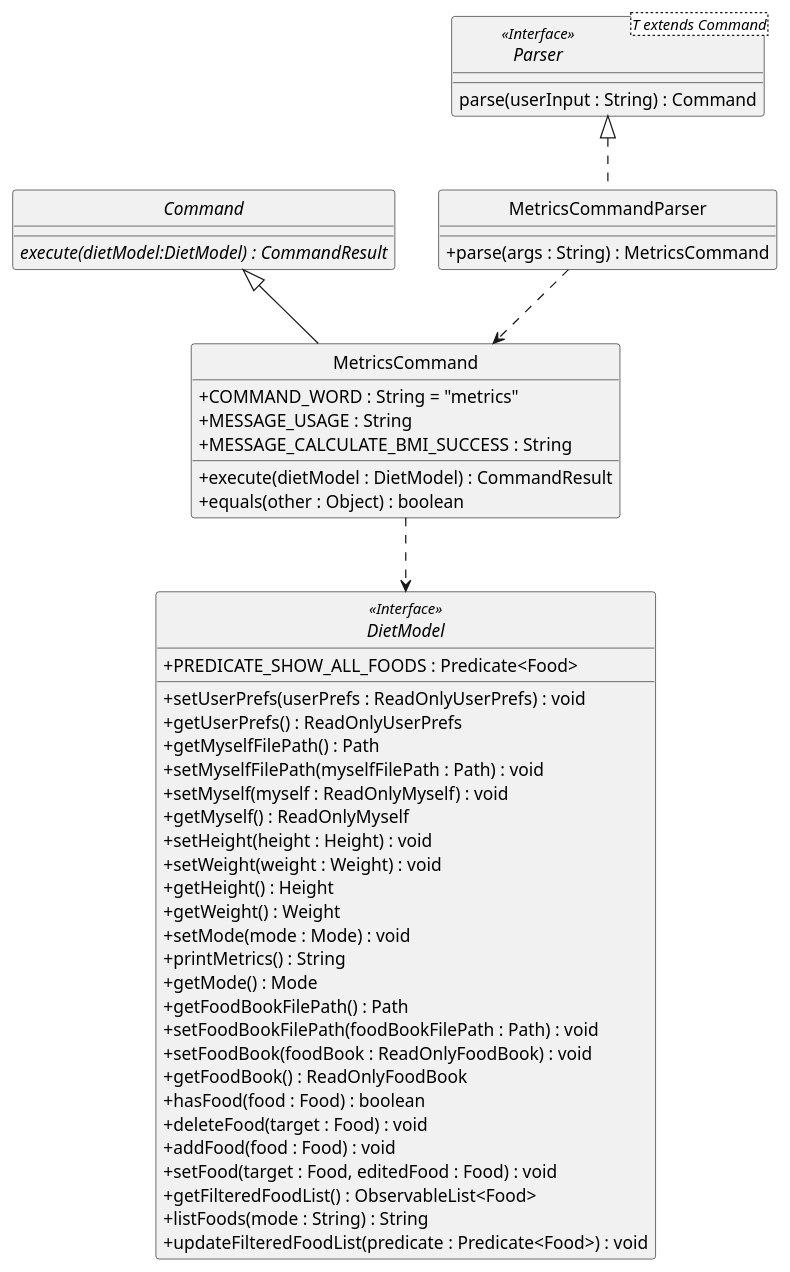
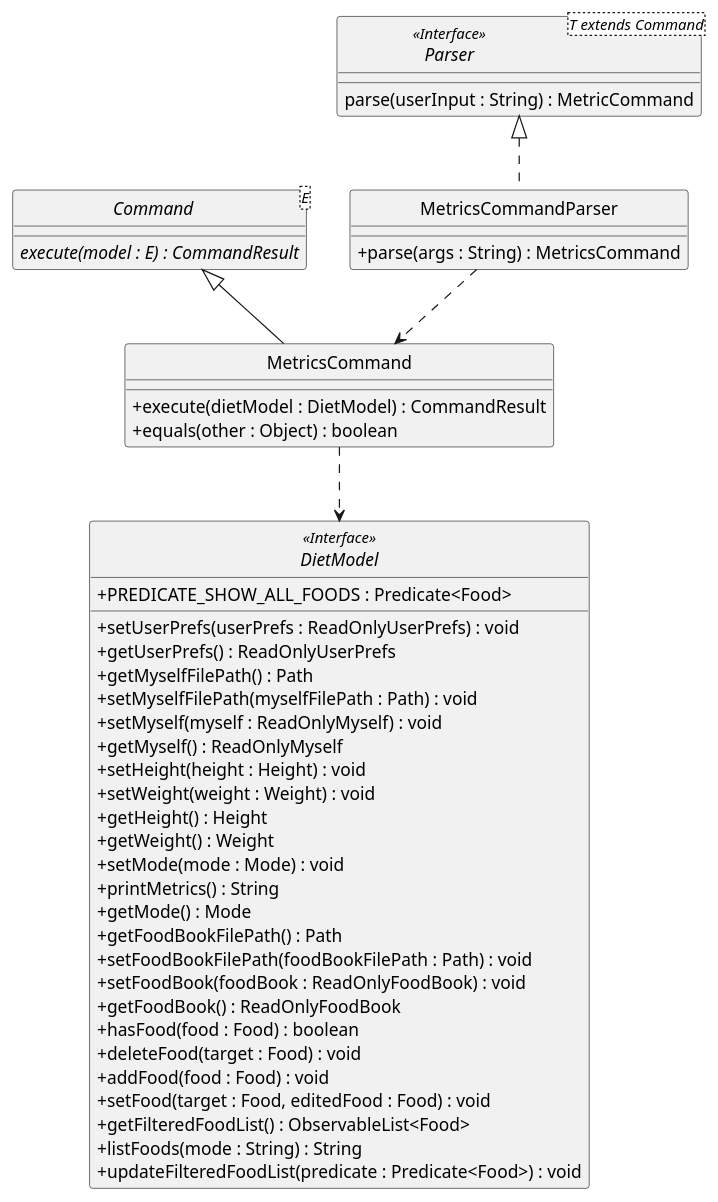
The diagram in docs/diagrams/DietTrackerMetricsCommandClassDiagram.puml (nus-cs2103-AY1920S2/addressbook-level3), drawn with PlantUML before and after one commit. The commit also changed 45 other files, not shown here.

```diff
--- a/docs/diagrams/DietTrackerMetricsCommandClassDiagram.puml
+++ b/docs/diagrams/DietTrackerMetricsCommandClassDiagram.puml
@@ -1,69 +1,66 @@
 @startuml
 /' @author @jarrod-bob'/
 /' Got inspiration and adapted
 from https://github.com/AY1920S2-CS2103T-W12-1/main/blob/master/docs/images/DeliveredClassDiagram.png '/
 
 skinparam backgroundColor #ffffff
 skinparam classAttributeIconSize 0
 hide circle
 
 class MetricsCommandParser implements Parser {
     /' Methods '/
     + parse(args : String) : MetricsCommand
 }
 
 interface Parser<T extends Command> <<Interface>> {
-    parse(userInput : String) : Command
+    parse(userInput : String) : MetricCommand
 }
 
-abstract class Command {
-    {abstract} execute(dietModel:DietModel) : CommandResult
+abstract class Command<E> {
+    {abstract} execute(model : E) : CommandResult
 }
 
 class MetricsCommand extends Command {
     /' Fields '/
-    + COMMAND_WORD : String = "metrics"
-    + MESSAGE_USAGE : String
-    + MESSAGE_CALCULATE_BMI_SUCCESS : String
 
     /' Methods '/
     + execute(dietModel : DietModel) : CommandResult
     + equals(other : Object) : boolean
 
 }
 
 interface DietModel <<Interface>> {
     + PREDICATE_SHOW_ALL_FOODS : Predicate<Food>
 
     + setUserPrefs(userPrefs : ReadOnlyUserPrefs) : void
     + getUserPrefs() : ReadOnlyUserPrefs
     + getMyselfFilePath() : Path
     + setMyselfFilePath(myselfFilePath : Path) : void
     + setMyself(myself : ReadOnlyMyself) : void
     + getMyself() : ReadOnlyMyself
     + setHeight(height : Height) : void
     + setWeight(weight : Weight) : void
     + getHeight() : Height
     + getWeight() : Weight
     + setMode(mode : Mode) : void
     + printMetrics() : String
     + getMode() : Mode
     + getFoodBookFilePath() : Path
     + setFoodBookFilePath(foodBookFilePath : Path) : void
     + setFoodBook(foodBook : ReadOnlyFoodBook) : void
     + getFoodBook() : ReadOnlyFoodBook
     + hasFood(food : Food) : boolean
     + deleteFood(target : Food) : void
     + addFood(food : Food) : void
     + setFood(target : Food, editedFood : Food) : void
     + getFilteredFoodList() : ObservableList<Food>
     + listFoods(mode : String) : String
     + updateFilteredFoodList(predicate : Predicate<Food>) : void
 }
 
 
 MetricsCommand ..> DietModel
 MetricsCommandParser ..> MetricsCommand
 
 
 @enduml
```
